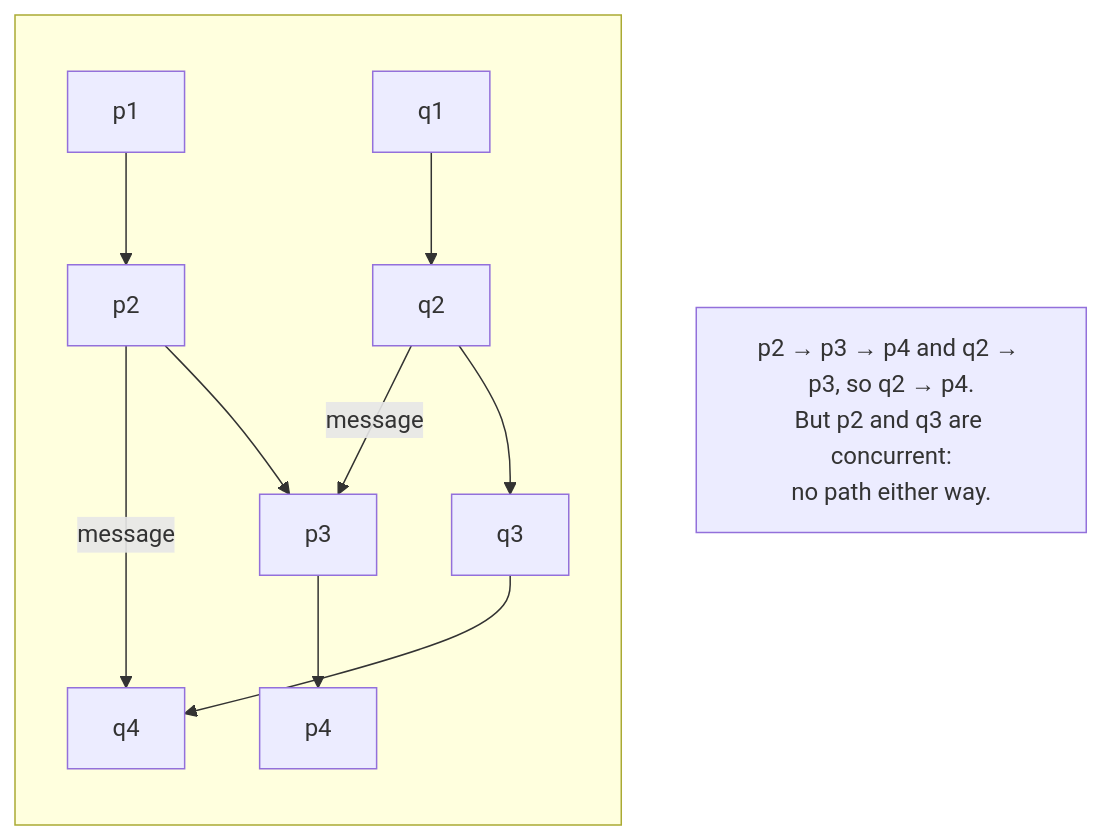
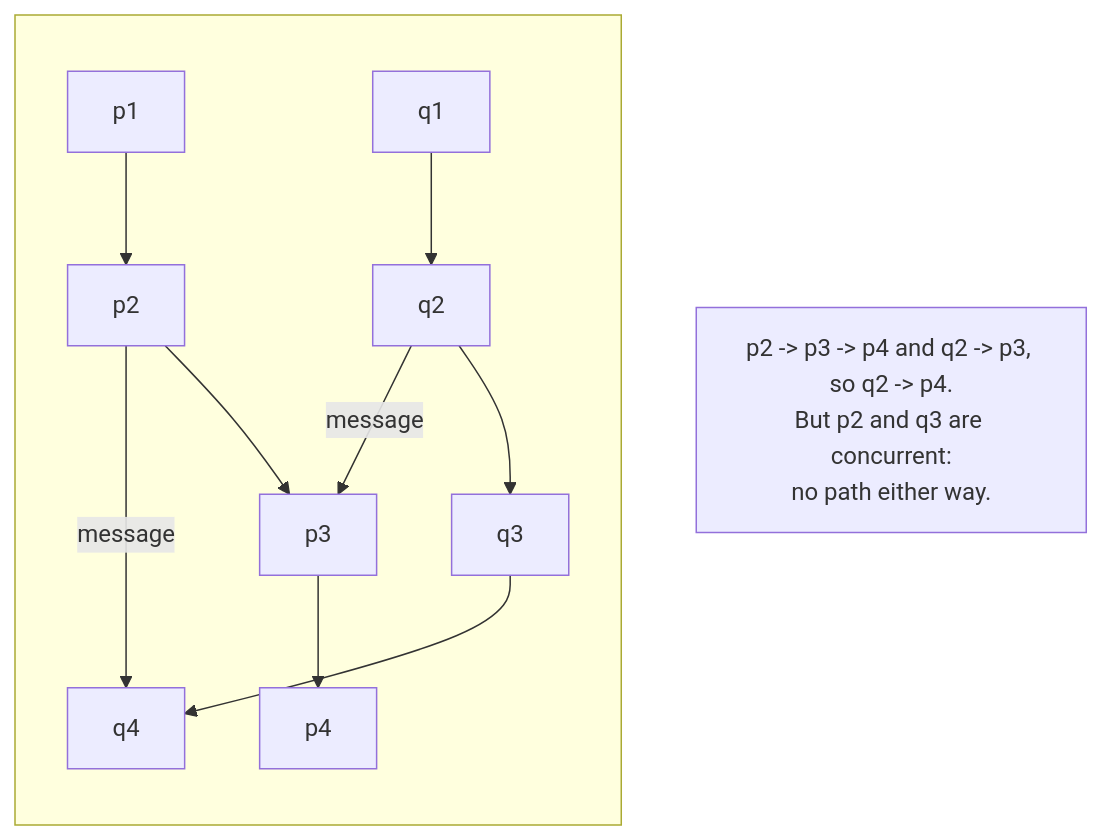
The diagram in 04-leslie-lamport-time-clocks-ordering/02-happened-before.md (amarshat/cs-seminars), drawn with Mermaid before and after one commit. The commit also changed 13 other files, not shown here.

````diff
--- a/04-leslie-lamport-time-clocks-ordering/02-happened-before.md
+++ b/04-leslie-lamport-time-clocks-ordering/02-happened-before.md
@@ -27,11 +27,11 @@
 ```mermaid
 flowchart TB
     subgraph timeflow[" "]
     direction TB
     p1["p1"] --> p2["p2"] --> p3["p3"] --> p4["p4"]
     q1["q1"] --> q2["q2"] --> q3["q3"] --> q4["q4"]
     q2 -->|message| p3
     p2 -->|message| q4
     end
-    note["p2 → p3 → p4 and q2 → p3, so q2 → p4.<br/>But p2 and q3 are concurrent:<br/>no path either way."]
+    note["p2 -> p3 -> p4 and q2 -> p3, so q2 -> p4.<br/>But p2 and q3 are concurrent:<br/>no path either way."]
 ```
````
